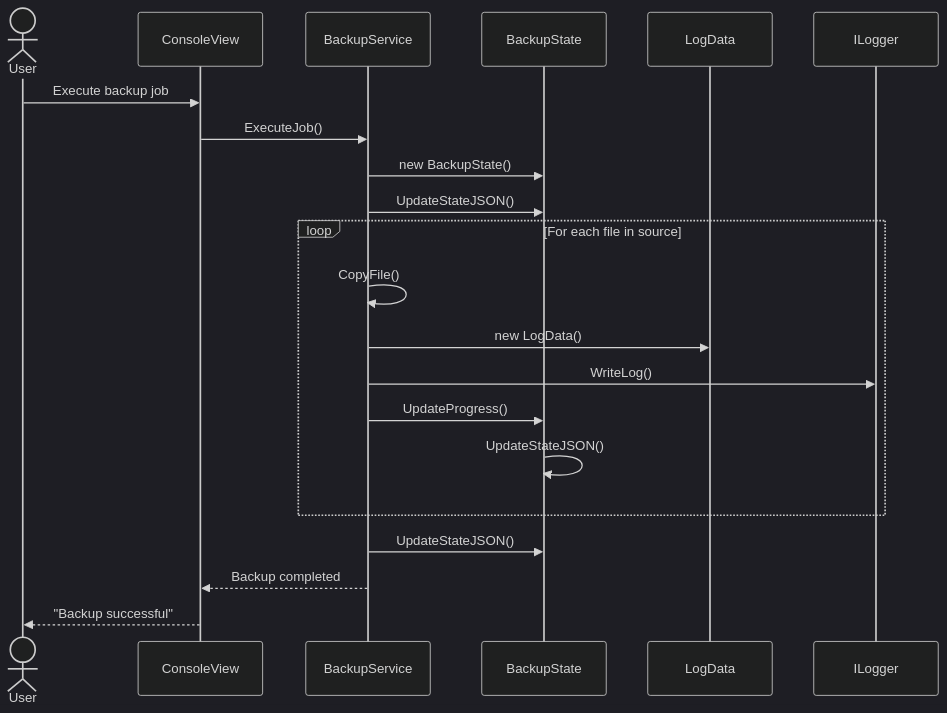
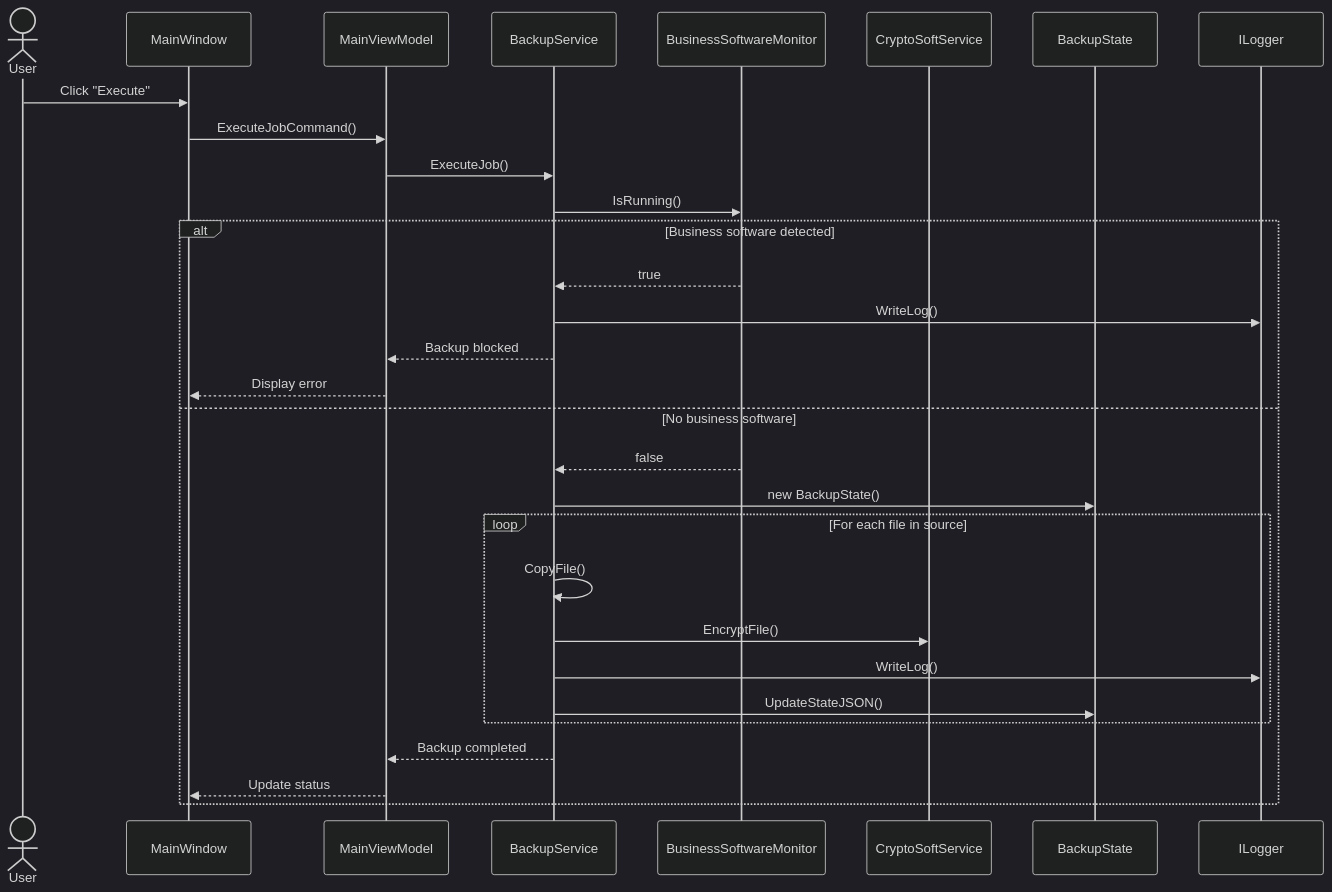
Before and after one commit to Groupe1-Prosoft/EasySave: the fourth of 8 diagrams in Diagrams/UML.md, drawn with Mermaid (dark theme). The commit also changed other lines of this file, not shown here.

First line of the commit message:
Revise UML diagrams for EasySave 2.0

````diff
--- a/Diagrams/UML.md
+++ b/Diagrams/UML.md
@@ -229,29 +268,37 @@
 ```mermaid
 sequenceDiagram
     actor User
-    participant ConsoleView
+    participant MainWindow
+    participant MainViewModel
     participant BackupService
+    participant BusinessSoftwareMonitor
+    participant CryptoSoftService
     participant BackupState
-    participant LogData
     participant ILogger
 
-    User->>ConsoleView: Execute backup job
-    ConsoleView->>BackupService: ExecuteJob()
+    User->>MainWindow: Click "Execute"
+    MainWindow->>MainViewModel: ExecuteJobCommand()
+    MainViewModel->>BackupService: ExecuteJob()
 
-    BackupService->>BackupState: new BackupState()
-    BackupService->>BackupState: UpdateStateJSON()
+    BackupService->>BusinessSoftwareMonitor: IsRunning()
 
-    loop For each file in source
-        BackupService->>BackupService: CopyFile()
+    alt Business software detected
+        BusinessSoftwareMonitor-->>BackupService: true
+        BackupService->>ILogger: WriteLog()
+        BackupService-->>MainViewModel: Backup blocked
+        MainViewModel-->>MainWindow: Display error
+    else No business software
+        BusinessSoftwareMonitor-->>BackupService: false
+        BackupService->>BackupState: new BackupState()
 
-        BackupService->>LogData: new LogData()
-        BackupService->>ILogger: WriteLog()
+        loop For each file in source
+            BackupService->>BackupService: CopyFile()
+            BackupService->>CryptoSoftService: EncryptFile()
+            BackupService->>ILogger: WriteLog()
+            BackupService->>BackupState: UpdateStateJSON()
+        end
 
-        BackupService->>BackupState: UpdateProgress()
-        BackupState->>BackupState: UpdateStateJSON()
+        BackupService-->>MainViewModel: Backup completed
+        MainViewModel-->>MainWindow: Update status
     end
-
-    BackupService->>BackupState: UpdateStateJSON()
-    BackupService-->>ConsoleView: Backup completed
-    ConsoleView-->>User: "Backup successful"
 ```
````
